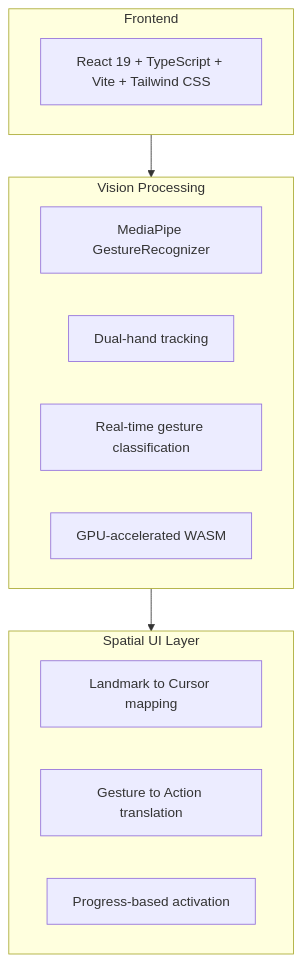
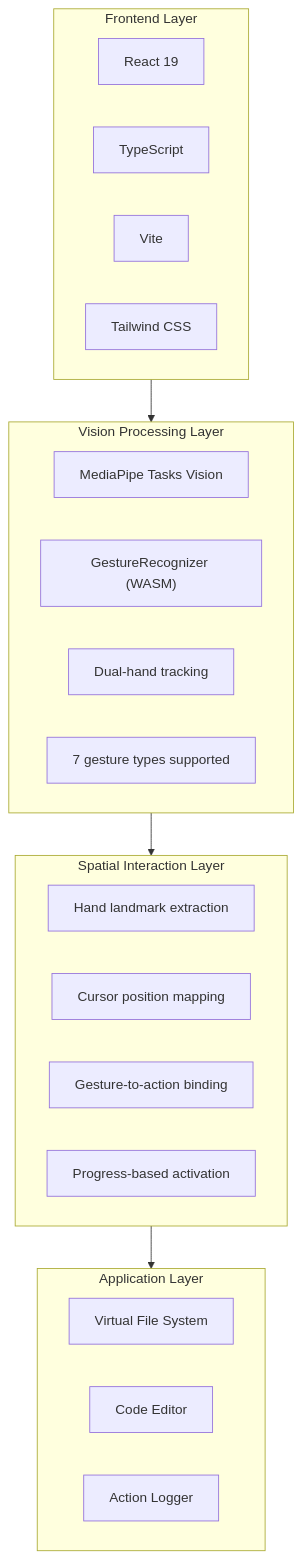
The first of 2 diagrams in README.md (xinhuagu/MotionFlow-Development), drawn with Mermaid before and after one commit. The commit also changed other lines of this file, not shown here.

First line of the commit message:
docs: Enhance README with accurate info and detailed architecture

````diff
--- a/README.md
+++ b/README.md
@@ -37,21 +46,33 @@
 ```mermaid
 flowchart TB
-    subgraph Frontend["Frontend"]
-        A[React 19 + TypeScript + Vite + Tailwind CSS]
+    subgraph Frontend["Frontend Layer"]
+        A1[React 19]
+        A2[TypeScript]
+        A3[Vite]
+        A4[Tailwind CSS]
     end
 
-    subgraph Vision["Vision Processing"]
-        B[MediaPipe GestureRecognizer]
-        B1[Dual-hand tracking]
-        B2[Real-time gesture classification]
-        B3[GPU-accelerated WASM]
+    subgraph Vision["Vision Processing Layer"]
+        B[MediaPipe Tasks Vision]
+        B1["GestureRecognizer (WASM)"]
+        B2[Dual-hand tracking]
+        B3[7 gesture types supported]
     end
 
-    subgraph Spatial["Spatial UI Layer"]
-        C1[Landmark to Cursor mapping]
-        C2[Gesture to Action translation]
-        C3[Progress-based activation]
+    subgraph Spatial["Spatial Interaction Layer"]
+        C1[Hand landmark extraction]
+        C2[Cursor position mapping]
+        C3[Gesture-to-action binding]
+        C4[Progress-based activation]
     end
 
-    Frontend --> Vision --> Spatial
+    subgraph App["Application Layer"]
+        D1[Virtual File System]
+        D2[Code Editor]
+        D3[Action Logger]
+    end
+
+    Frontend --> Vision
+    Vision --> Spatial
+    Spatial --> App
 ```
````
